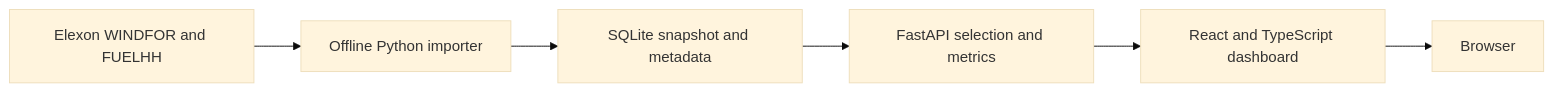
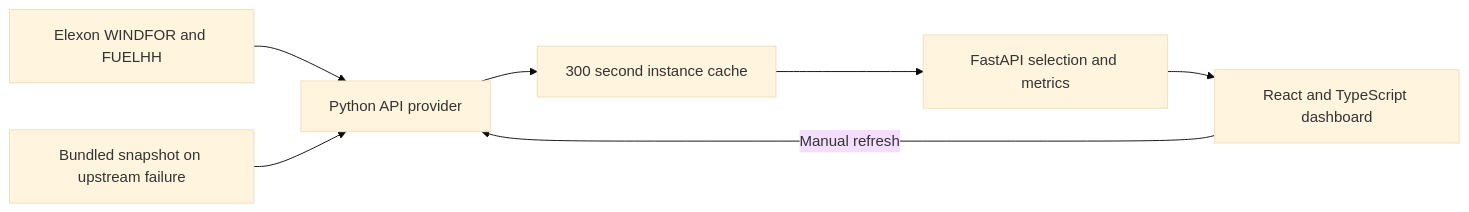
Before and after one commit to Bishwajit05/qxvnr7: the diagram in README.md, drawn with Mermaid (base theme). The commit also changed other lines of this file and 21 other files, not shown here.

First line of the commit message:
Show analysis immediately and refresh data from Elexon

````diff
--- a/README.md
+++ b/README.md
@@ -77,8 +86,9 @@
 ```mermaid
 flowchart LR
-  E[Elexon WINDFOR and FUELHH] --> I[Offline Python importer]
-  I --> D[SQLite snapshot and metadata]
-  D --> A[FastAPI selection and metrics]
+  E[Elexon WINDFOR and FUELHH] --> P[Python API provider]
+  P --> C[300 second instance cache]
+  S[Bundled snapshot on upstream failure] --> P
+  C --> A[FastAPI selection and metrics]
   A --> R[React and TypeScript dashboard]
-  R --> B[Browser]
+  R -->|Manual refresh| P
 ```
````
